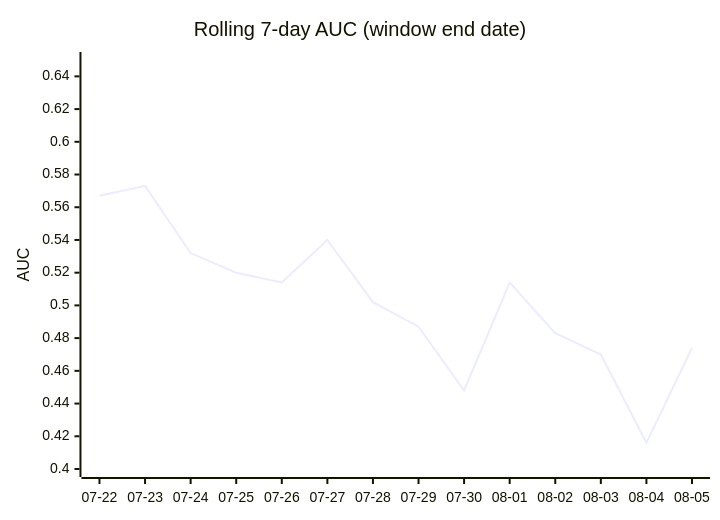
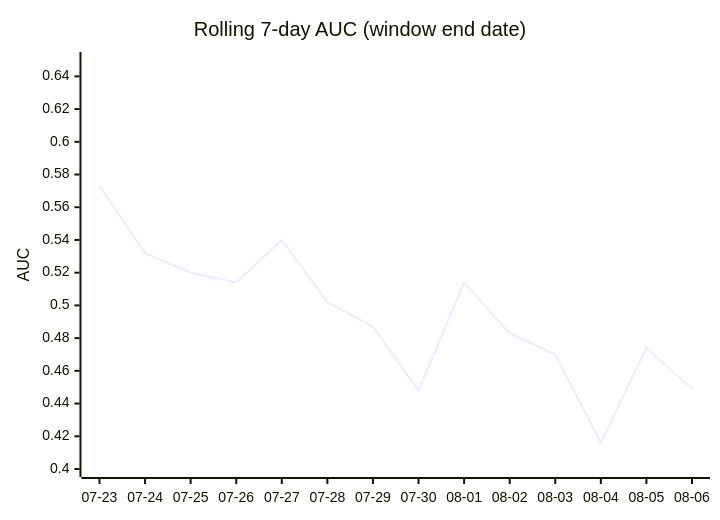
The third of 4 diagrams in DAILY_AGSU_REPORT.md (dpk1212/nhl-savant), drawn with Mermaid before and after one commit. The commit also changed other lines of this file, not shown here.

````diff
--- a/DAILY_AGSU_REPORT.md
+++ b/DAILY_AGSU_REPORT.md
@@ -752,7 +781,7 @@
 ```mermaid
 xychart-beta
     title "Rolling 7-day AUC (window end date)"
-    x-axis ["07-22", "07-23", "07-24", "07-25", "07-26", "07-27", "07-28", "07-29", "07-30", "08-01", "08-02", "08-03", "08-04", "08-05"]
+    x-axis ["07-23", "07-24", "07-25", "07-26", "07-27", "07-28", "07-29", "07-30", "08-01", "08-02", "08-03", "08-04", "08-05", "08-06"]
     y-axis "AUC" 0.4 --> 0.65
-    line [0.567, 0.573, 0.532, 0.52, 0.514, 0.54, 0.502, 0.487, 0.448, 0.514, 0.483, 0.47, 0.416, 0.474]
+    line [0.573, 0.532, 0.52, 0.514, 0.54, 0.502, 0.487, 0.448, 0.514, 0.483, 0.47, 0.416, 0.474, 0.449]
 ```
````
